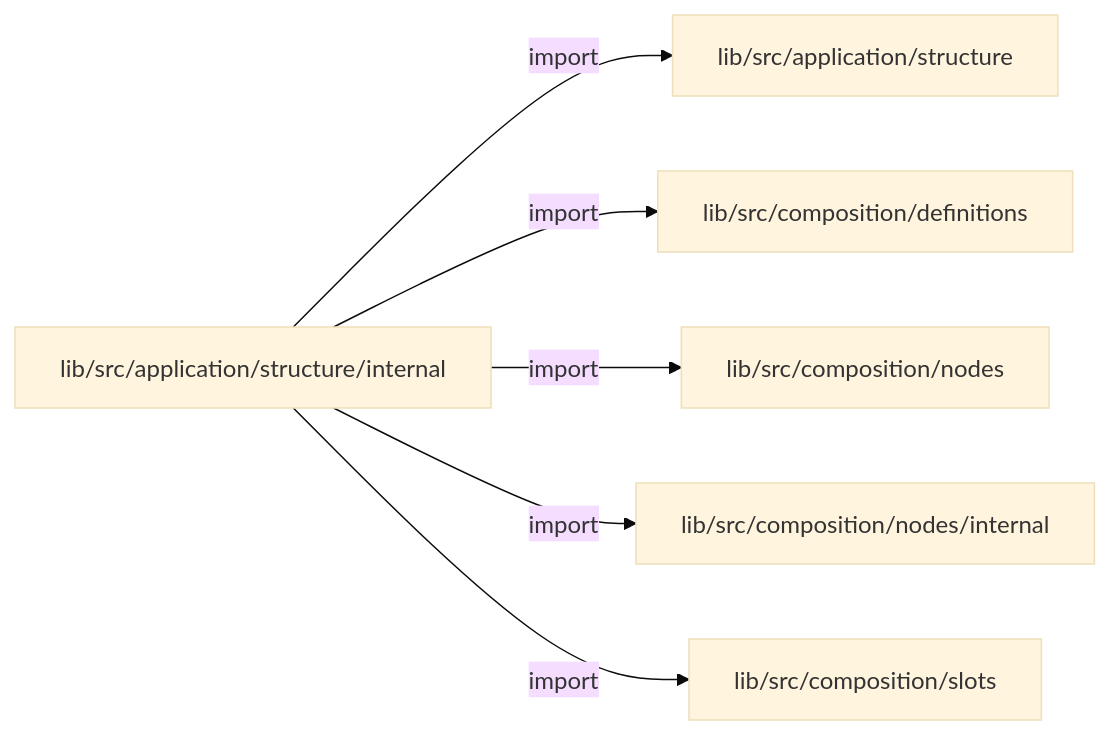
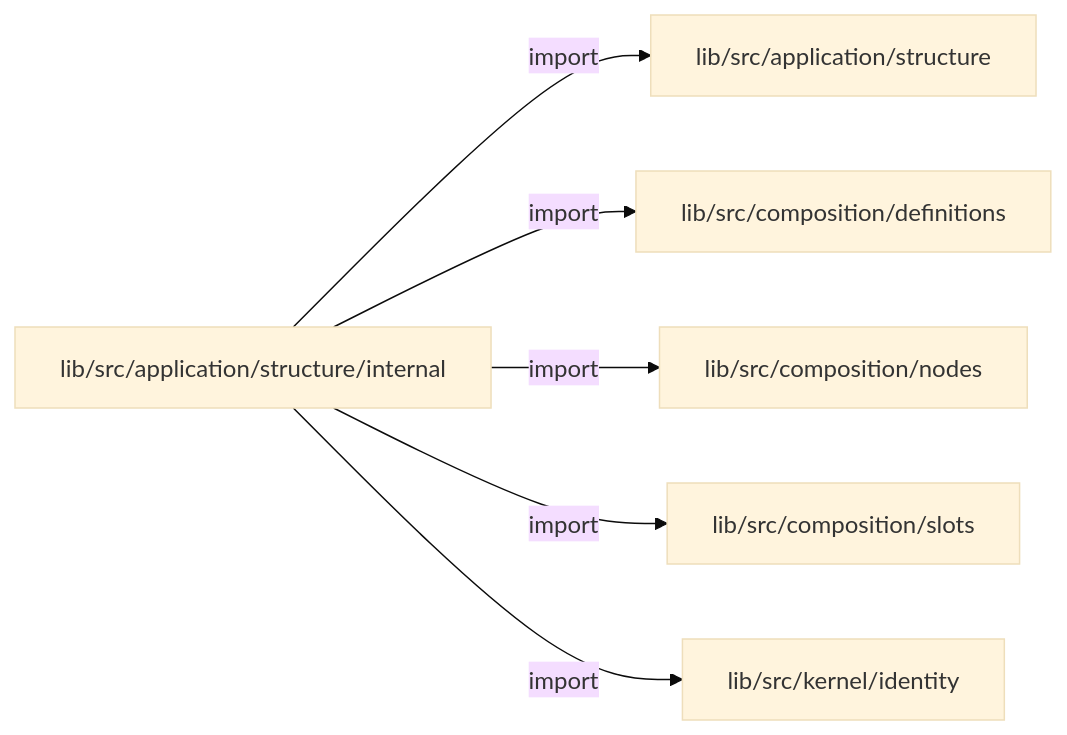
The first of 2 diagrams in docs/architecture/src/application/structure/internal/README.md (MiuDog/Kallopis), drawn with Mermaid (base theme) before and after one commit. The commit also changed other lines of this file and 9688 other files, not shown here.

Commit message:
Prepare isolated Flow F2 peer baseline

````diff
--- a/docs/architecture/src/application/structure/internal/README.md
+++ b/docs/architecture/src/application/structure/internal/README.md
@@ -13,14 +13,14 @@
 ```mermaid
 flowchart LR
 	n0["lib/src/application/structure/internal"]
 	n1["lib/src/application/structure"]
 	n2["lib/src/composition/definitions"]
 	n3["lib/src/composition/nodes"]
-	n4["lib/src/composition/nodes/internal"]
-	n5["lib/src/composition/slots"]
+	n4["lib/src/composition/slots"]
+	n5["lib/src/kernel/identity"]
 	n0 -->|"import"| n1
 	n0 -->|"import"| n2
 	n0 -->|"import"| n3
 	n0 -->|"import"| n4
 	n0 -->|"import"| n5
 ```
````
